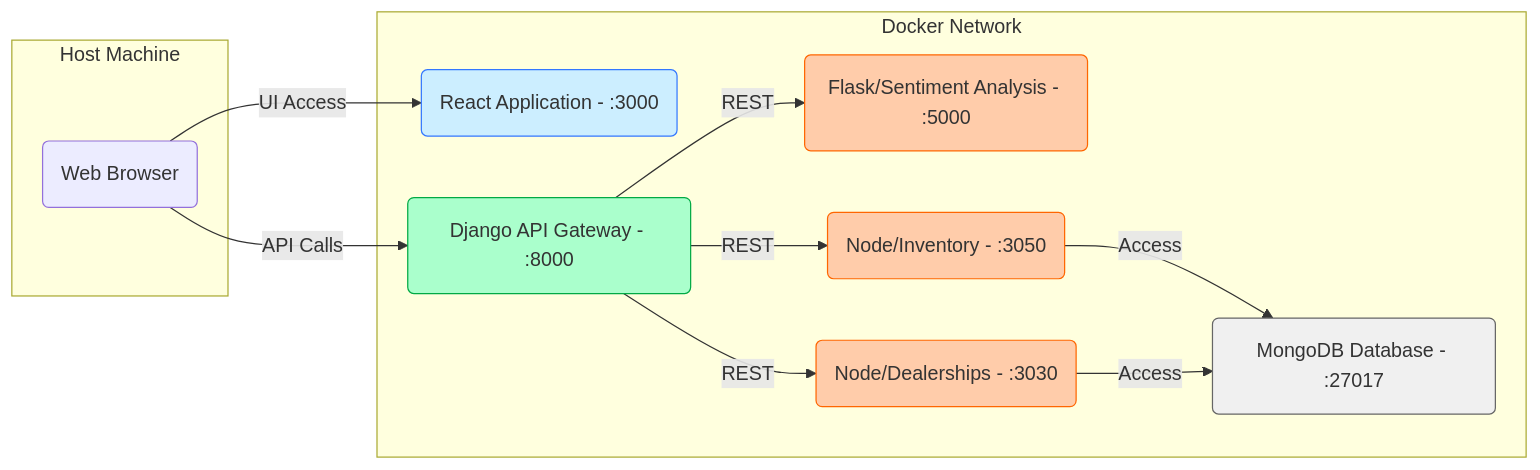
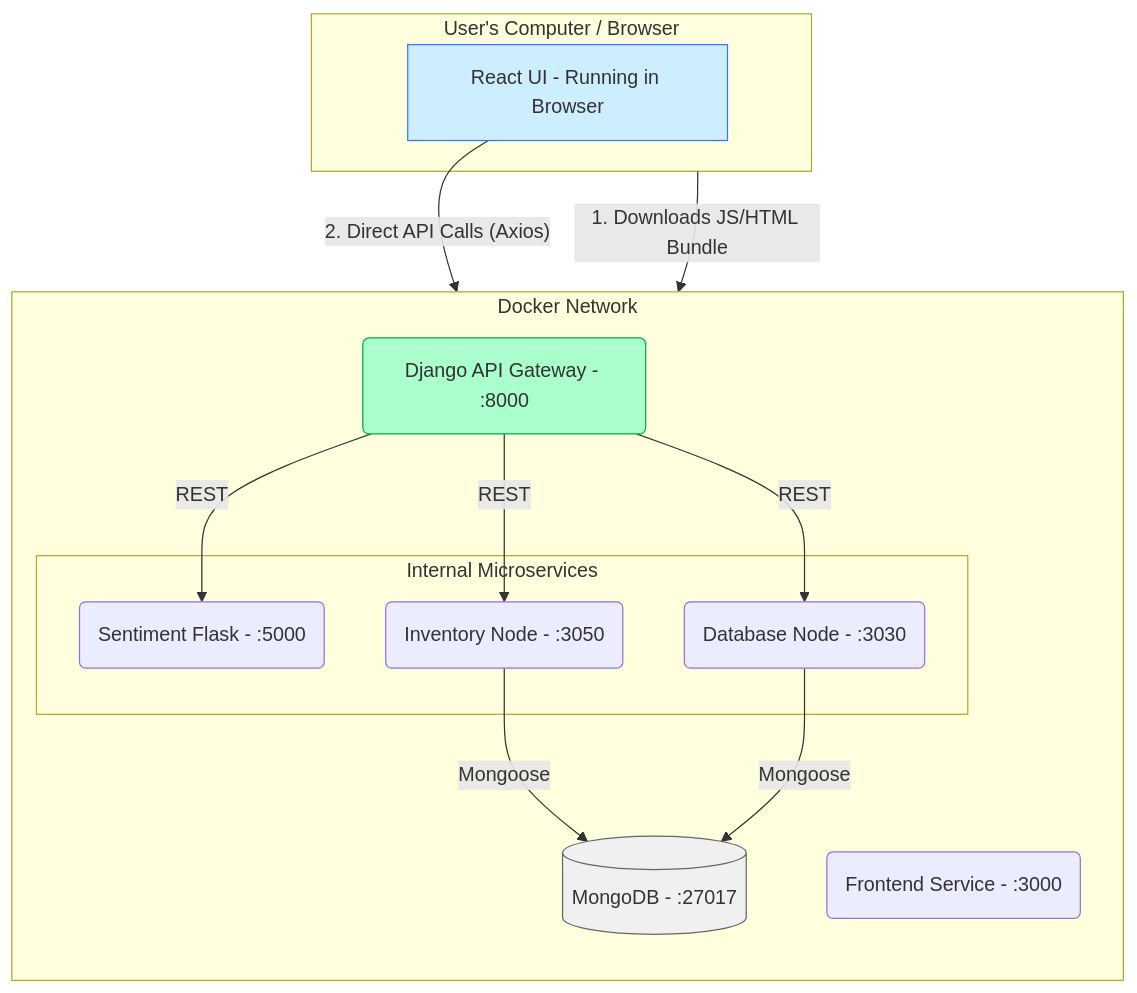
The diagram in server/README.md (OlivierR63/IBM_Fullstack_Developer_Capstone_Project), drawn with Mermaid before and after one commit. The commit also changed other lines of this file and 1 other file, not shown here.

Commit message:
Update 'server/README.md' to redefine it as a dedicated backend/microservices context

````diff
--- a/server/README.md
+++ b/server/README.md
@@ -35,32 +36,38 @@
 ```mermaid
-graph LR
-    subgraph Host Machine
-        Browser(Web Browser)
+graph TD
+    subgraph User_Machine [User's Computer / Browser]
+        UI[React UI - Running in Browser]
     end
+
+    subgraph Docker_Network [Docker Network]
+        direction TB
+        Frontend_Srv(Frontend Service - :3000)
+        Django_GW(Django API Gateway - :8000)
+        
+        subgraph Internal_Microservices [Internal Microservices]
+            Sentiment(Sentiment Flask - :5000)
+            Inventory(Inventory Node - :3050)
+            Data_API(Database Node - :3030)
+        end
+        
+        DB[(MongoDB - :27017)]
+    end
+
+    %% Flow of files
+    User_Machine -- 1. Downloads JS/HTML Bundle --> Frontend_Srv
     
-    subgraph Docker Network
-        Frontend(React Application - :3000)
-        DjangoBackend(Django API Gateway - :8000)
-        SentimentAPI(Flask/Sentiment Analysis - :5000)
-        InventoryAPI(Node/Inventory - :3050)
-        DatabaseAPI(Node/Dealerships - :3030)
-        MongoDB(MongoDB Database - :27017)
-    end
+    %% Flow of data
+    UI -- 2. Direct API Calls (Axios) --> Django_GW
     
-    Browser -- UI Access --> Frontend
-    Browser -- API Calls --> DjangoBackend
+    %% Internal orchestration
+    Django_GW -- REST --> Sentiment
+    Django_GW -- REST --> Inventory
+    Django_GW -- REST --> Data_API
     
-    DjangoBackend -- REST --> SentimentAPI
-    DjangoBackend -- REST --> InventoryAPI
-    DjangoBackend -- REST --> DatabaseAPI
-    
-    InventoryAPI -- Access --> MongoDB
-    DatabaseAPI -- Access --> MongoDB
-    
-    style Frontend fill:#cceeff,stroke:#3377ff
-    style DjangoBackend fill:#aaffcc,stroke:#00aa44
-    style SentimentAPI fill:#ffccaa,stroke:#ff6600
-    style InventoryAPI fill:#ffccaa,stroke:#ff6600
-    style DatabaseAPI fill:#ffccaa,stroke:#ff6600
-    style MongoDB fill:#f0f0f0,stroke:#666666
+    Inventory -- Mongoose --> DB
+    Data_API -- Mongoose --> DB
+
+    style UI fill:#cceeff,stroke:#3377ff
+    style Django_GW fill:#aaffcc,stroke:#00aa44
+    style DB fill:#f0f0f0,stroke:#666666
 ```
````
